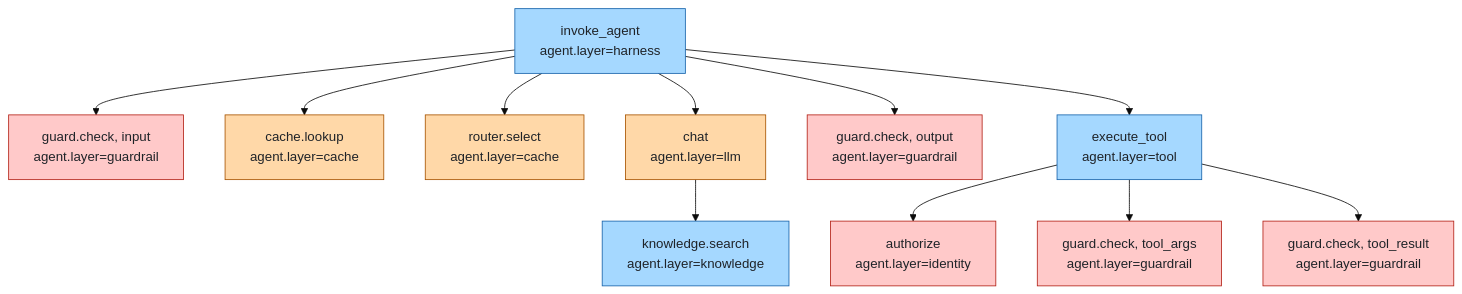
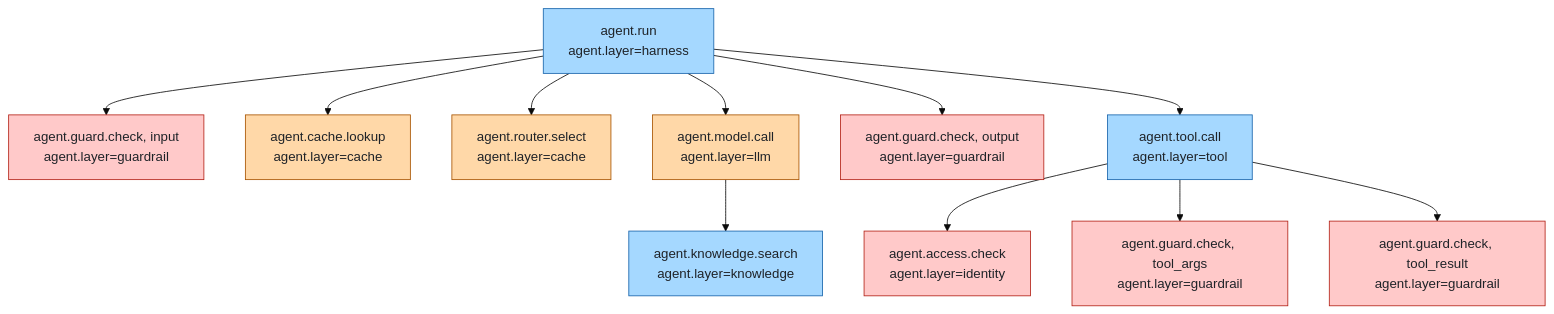
The second of 2 diagrams in docs/layers/telemetry.md (aantenore/agent-layers), drawn with Mermaid (base theme) before and after one commit. The commit also changed other lines of this file and 26 other files, not shown here.

````diff
--- a/docs/layers/telemetry.md
+++ b/docs/layers/telemetry.md
@@ -39,27 +42,27 @@
 ```mermaid
 flowchart TB
-  run["invoke_agent<br/>agent.layer=harness"]:::agent
-  gin["guard.check, input<br/>agent.layer=guardrail"]:::control
-  lookup["cache.lookup<br/>agent.layer=cache"]:::model
-  route["router.select<br/>agent.layer=cache"]:::model
-  chat["chat<br/>agent.layer=llm"]:::model
-  ks["knowledge.search<br/>agent.layer=knowledge"]:::agent
-  gout["guard.check, output<br/>agent.layer=guardrail"]:::control
-  tool["execute_tool<br/>agent.layer=tool"]:::agent
-  auth["authorize<br/>agent.layer=identity"]:::control
-  gargs["guard.check, tool_args<br/>agent.layer=guardrail"]:::control
-  gres["guard.check, tool_result<br/>agent.layer=guardrail"]:::control
+  run["agent.run<br/>agent.layer=harness"]:::agent
+  gin["agent.guard.check, input<br/>agent.layer=guardrail"]:::control
+  lookup["agent.cache.lookup<br/>agent.layer=cache"]:::model
+  route["agent.router.select<br/>agent.layer=cache"]:::model
+  chat["agent.model.call<br/>agent.layer=llm"]:::model
+  ks["agent.knowledge.search<br/>agent.layer=knowledge"]:::agent
+  gout["agent.guard.check, output<br/>agent.layer=guardrail"]:::control
+  tool["agent.tool.call<br/>agent.layer=tool"]:::agent
+  auth["agent.access.check<br/>agent.layer=identity"]:::control
+  gargs["agent.guard.check, tool_args<br/>agent.layer=guardrail"]:::control
+  gres["agent.guard.check, tool_result<br/>agent.layer=guardrail"]:::control
   run --> gin
   run --> lookup
   run --> route
   run --> chat
   run --> gout
   run --> tool
   chat --> ks
   tool --> auth
   tool --> gargs
   tool --> gres
   classDef model fill:#ffd8a8,stroke:#a85400,color:#1f2328
   classDef agent fill:#a5d8ff,stroke:#1864ab,color:#1f2328
   classDef control fill:#ffc9c9,stroke:#b42318,color:#1f2328
 ```
````
